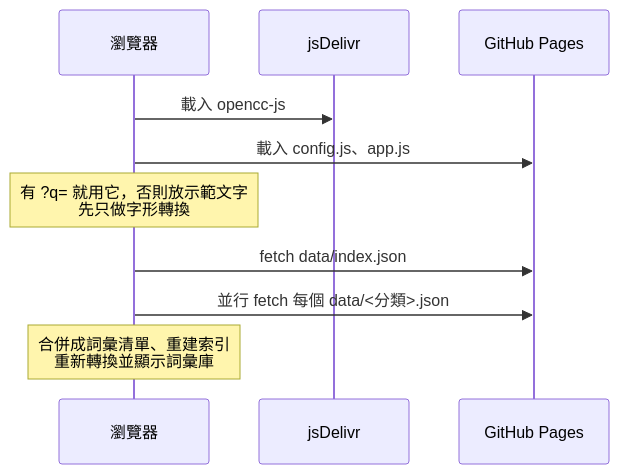
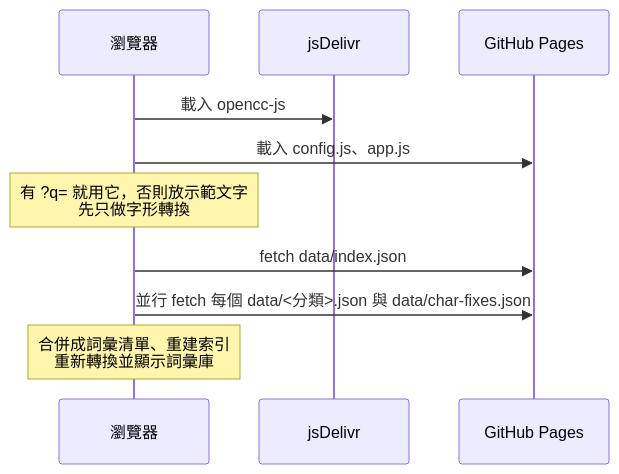
Before and after one commit to Zhang-RenWen/cn-tw-terms: the third of 4 diagrams in docs/ARCHITECTURE.md, drawn with Mermaid. The commit also changed other lines of this file and 5 other files, not shown here.

````diff
--- a/docs/ARCHITECTURE.md
+++ b/docs/ARCHITECTURE.md
@@ -115,12 +124,12 @@
 ```mermaid
 sequenceDiagram
   participant B as 瀏覽器
   participant CDN as jsDelivr
   participant P as GitHub Pages
   B->>CDN: 載入 opencc-js
   B->>P: 載入 config.js、app.js
   Note over B: 有 ?q= 就用它，否則放示範文字<br/>先只做字形轉換
   B->>P: fetch data/index.json
-  B->>P: 並行 fetch 每個 data/<分類>.json
+  B->>P: 並行 fetch 每個 data/<分類>.json 與 data/char-fixes.json
   Note over B: 合併成詞彙清單、重建索引<br/>重新轉換並顯示詞彙庫
 ```
````
